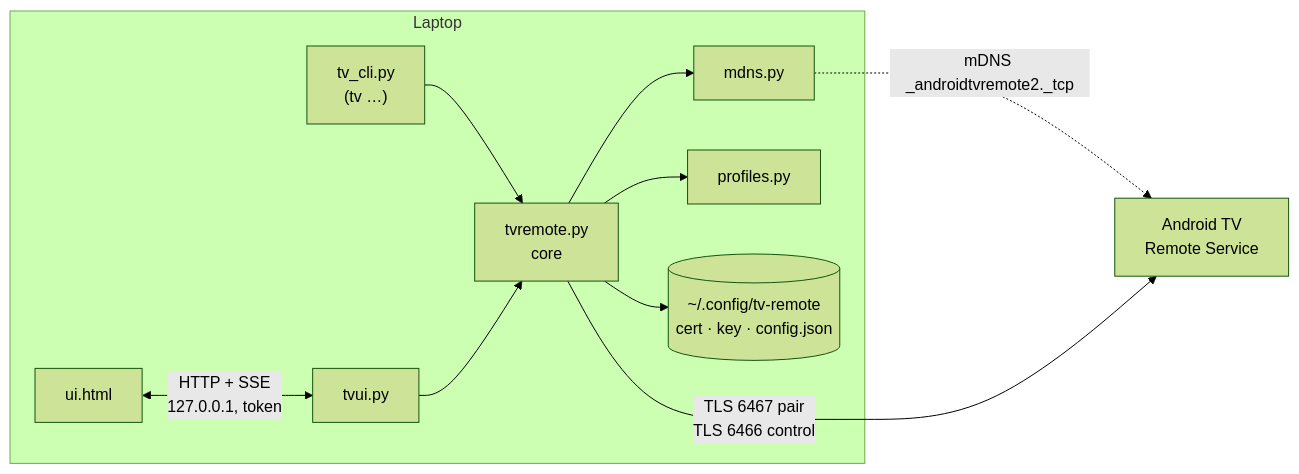
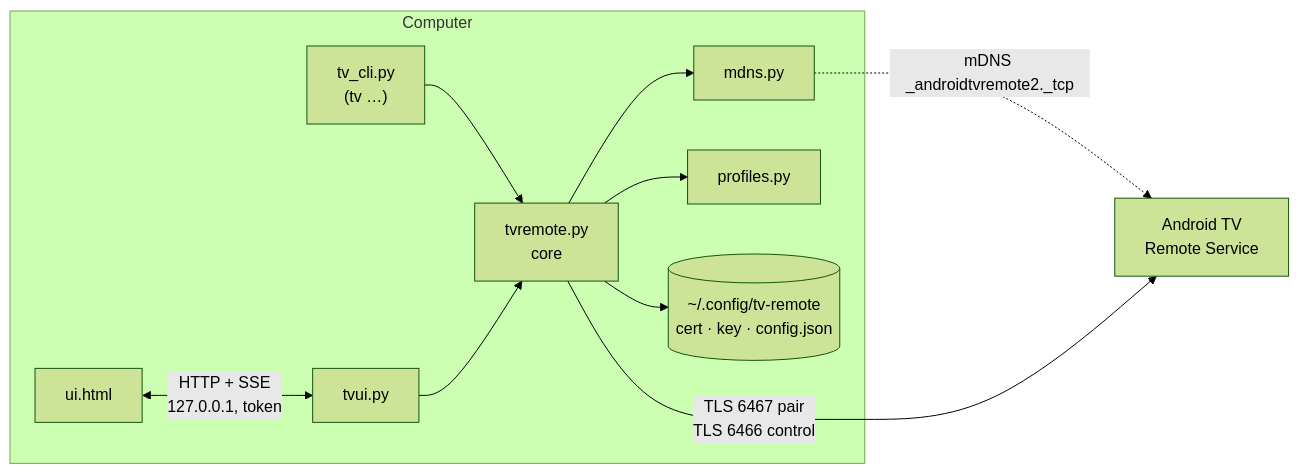
Before and after one commit to prakharg05/tv-remote: the first of 2 diagrams in docs/ARCHITECTURE.md, drawn with Mermaid (forest theme). The commit also changed other lines of this file and 3 other files, not shown here.

````diff
--- a/docs/ARCHITECTURE.md
+++ b/docs/ARCHITECTURE.md
@@ -5,13 +6,13 @@
 ```mermaid
 flowchart LR
-  subgraph Laptop
+  subgraph Computer
     CLI["tv_cli.py<br/>(tv …)"] --> CORE
     UI["ui.html"] <-->|"HTTP + SSE<br/>127.0.0.1, token"| SRV["tvui.py"]
     SRV --> CORE["tvremote.py<br/>core"]
     CORE --> MDNS["mdns.py"]
     CORE --> PROF["profiles.py"]
     CORE --> CFG[("~/.config/tv-remote<br/>cert · key · config.json")]
   end
   MDNS -.->|"mDNS _androidtvremote2._tcp"| TV
   CORE -->|"TLS 6467 pair<br/>TLS 6466 control"| TV["Android TV<br/>Remote Service"]
 ```
````
